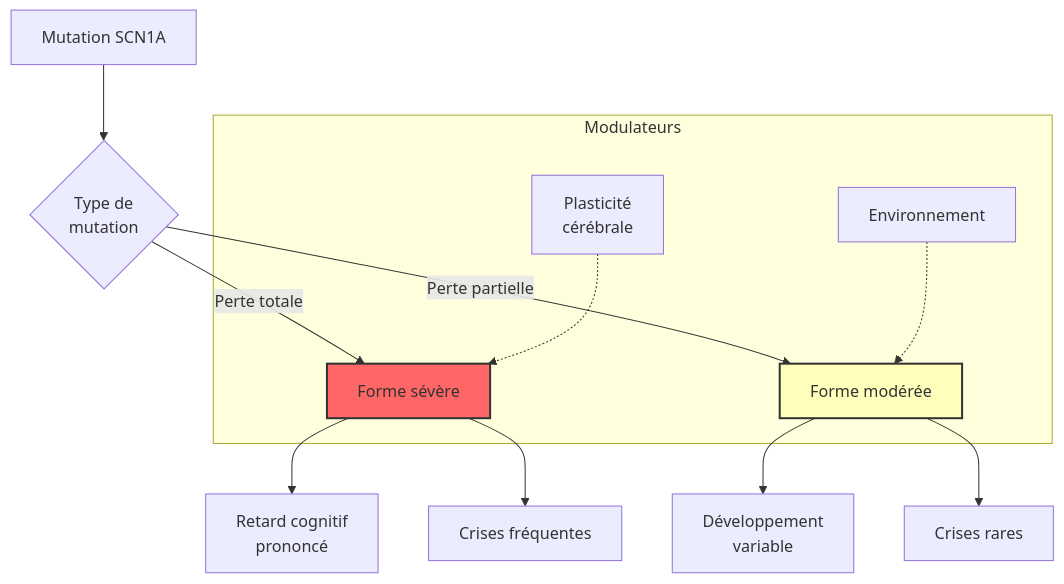
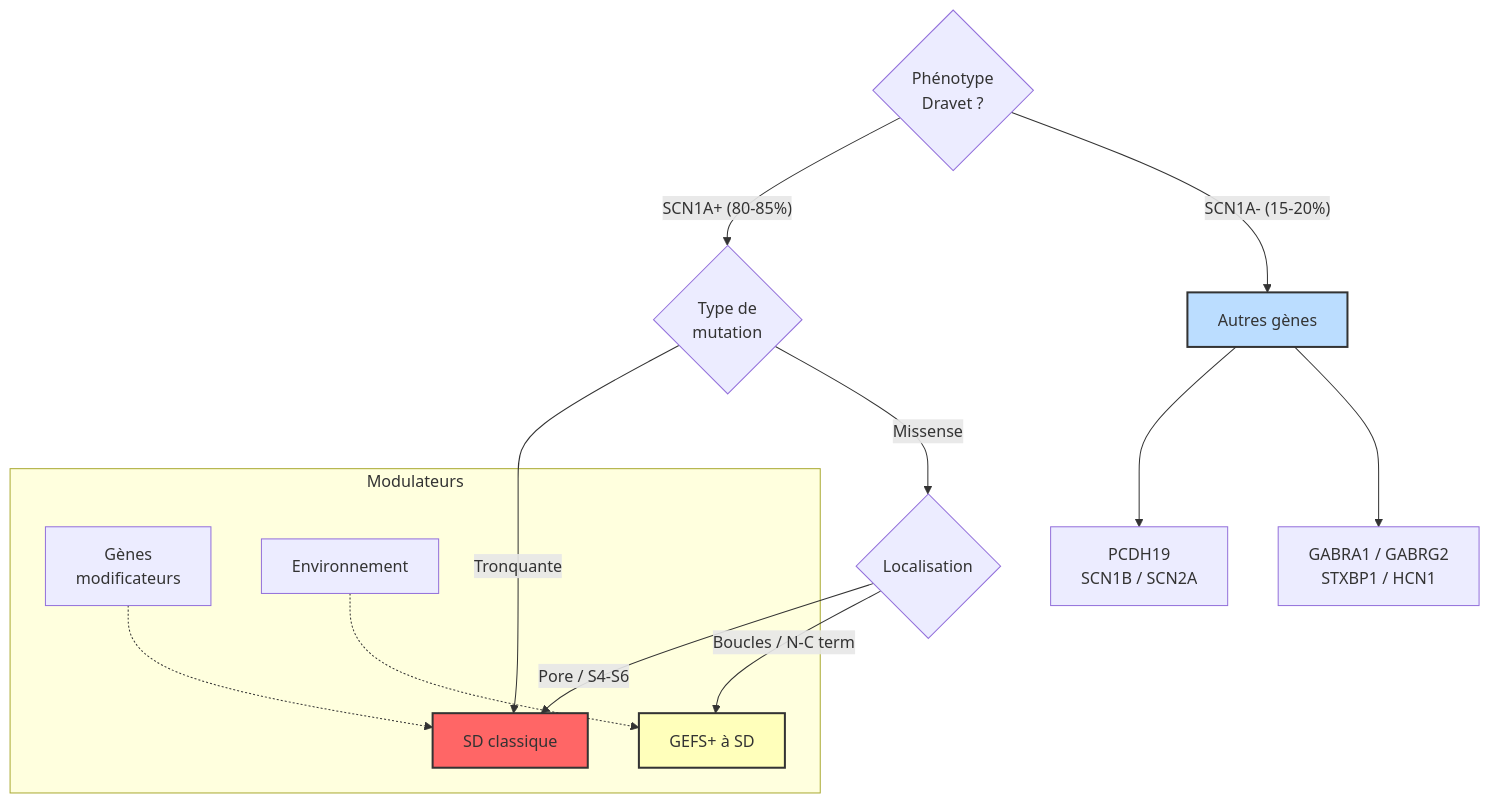
One commit to popul/book-dravet changed the diagram in chapitres/chapitre_03.md. Above: the diagram before and after it, drawn with Mermaid. The commit also changed other lines of this file and 19 other files, not shown here.

````diff
--- a/chapitres/chapitre_03.md
+++ b/chapitres/chapitre_03.md
@@ -43,21 +68,25 @@
 ```mermaid
 graph TD
-    A["Mutation SCN1A"] --> B{"Type de<br/>mutation"}
+    A{"Phénotype<br/>Dravet ?"}
     
-    B -- "Perte totale" --> C["Forme sévère"]
-    B -- "Perte partielle" --> D["Forme modérée"]
+    A -- "SCN1A+ (80-85%)" --> B{"Type de<br/>mutation"}
+    A -- "SCN1A- (15-20%)" --> K["Autres gènes"]
     
-    C --> E["Retard cognitif<br/>prononcé"]
-    C --> F["Crises fréquentes"]
+    B -- "Tronquante" --> C["SD classique"]
+    B -- "Missense" --> D{"Localisation"}
     
-    D --> G["Développement<br/>variable"]
-    D --> H["Crises rares"]
+    D -- "Pore / S4-S6" --> C
+    D -- "Boucles / N-C term" --> E["GEFS+ à SD"]
+    
+    K --> L["PCDH19<br/>SCN1B / SCN2A"]
+    K --> M["GABRA1 / GABRG2<br/>STXBP1 / HCN1"]
 
     subgraph "Modulateurs"
-    I["Plasticité<br/>cérébrale"] -.-> C
-    J["Environnement"] -.-> D
+    I["Gènes<br/>modificateurs"] -.-> C
+    J["Environnement"] -.-> E
     end
 
     style C fill:#f66,stroke:#333,stroke-width:2px
-    style D fill:#ffb,stroke:#333,stroke-width:2px
+    style E fill:#ffb,stroke:#333,stroke-width:2px
+    style K fill:#bdf,stroke:#333,stroke-width:2px
 ```
````
